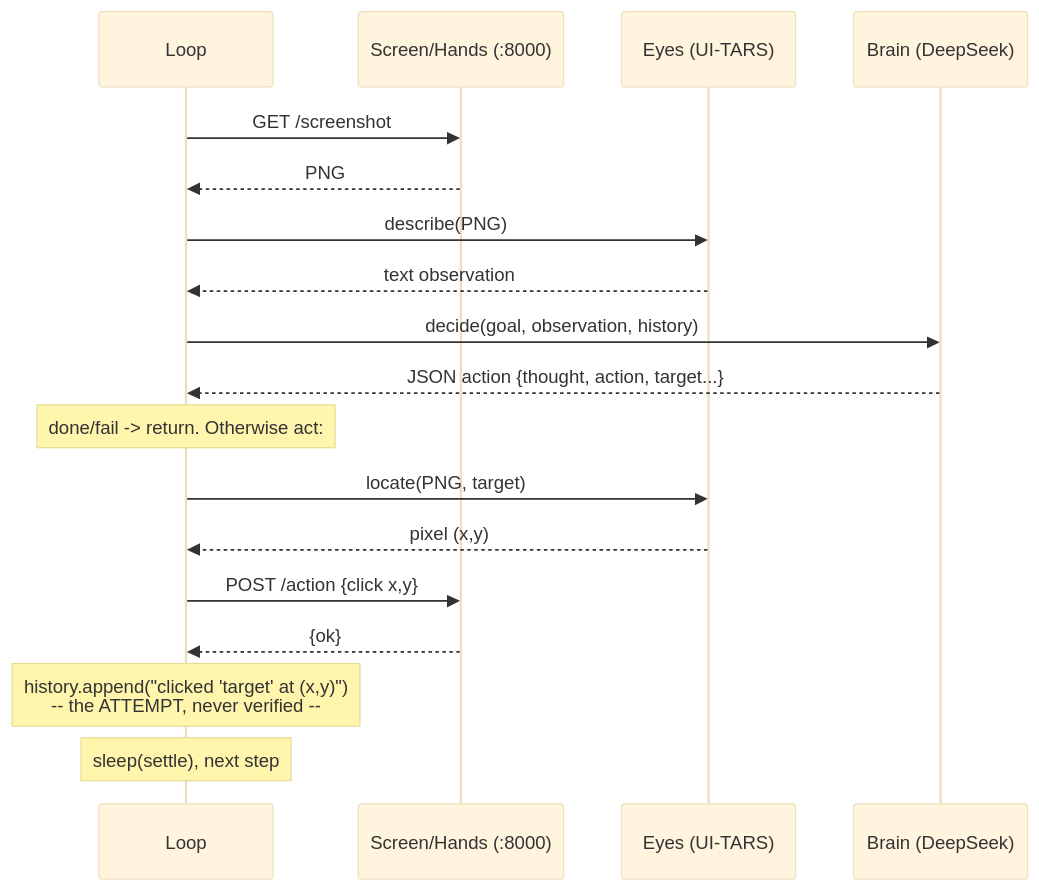
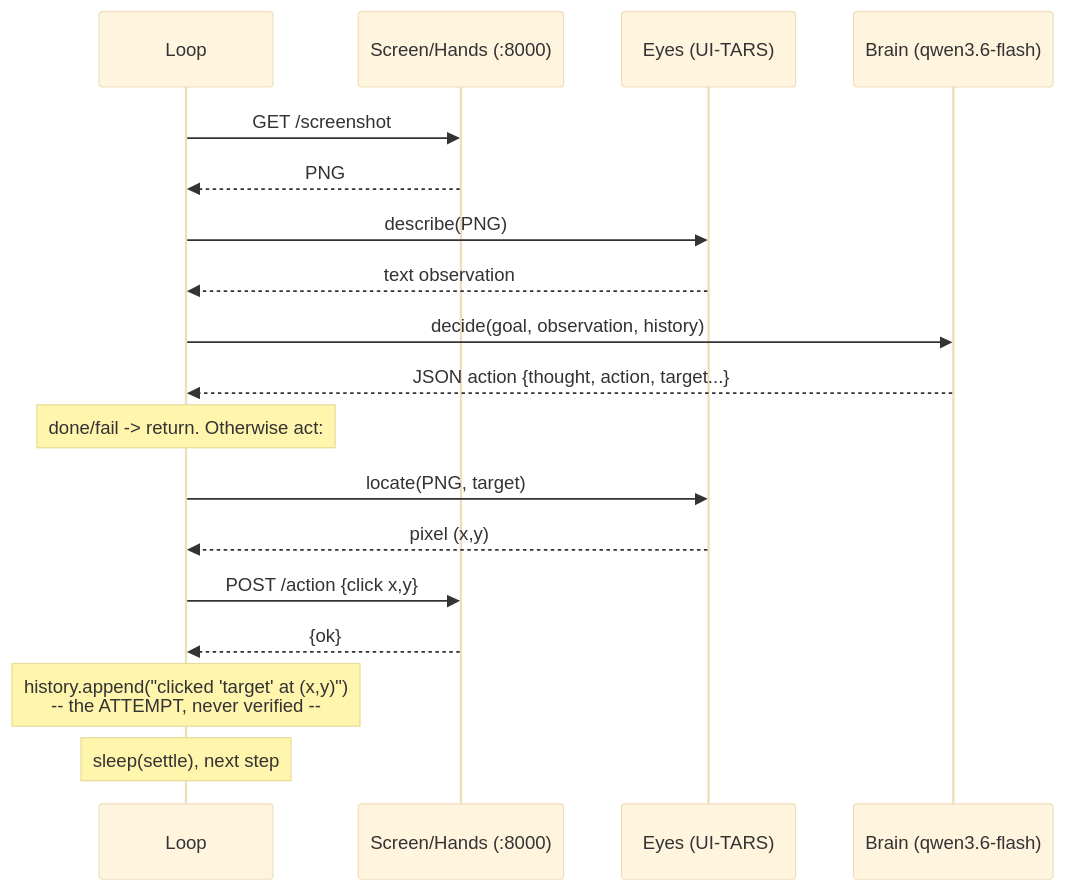
The second of 3 diagrams in docs/agent-loop-flow.md (alvseek/BRYES), drawn with Mermaid (base theme) before and after one commit. The commit also changed other lines of this file and 3 other files, not shown here.

````diff
--- a/docs/agent-loop-flow.md
+++ b/docs/agent-loop-flow.md
@@ -101,21 +101,21 @@
 ```mermaid
 sequenceDiagram
     participant L as Loop
     participant S as Screen/Hands (:8000)
     participant E as Eyes (UI-TARS)
-    participant B as Brain (DeepSeek)
+    participant B as Brain (qwen3.6-flash)
 
     L->>S: GET /screenshot
     S-->>L: PNG
     L->>E: describe(PNG)
     E-->>L: text observation
     L->>B: decide(goal, observation, history)
     B-->>L: JSON action {thought, action, target...}
     Note over L: done/fail -> return. Otherwise act:
     L->>E: locate(PNG, target)
     E-->>L: pixel (x,y)
     L->>S: POST /action {click x,y}
     S-->>L: {ok}
     Note over L: history.append("clicked 'target' at (x,y)")<br/>-- the ATTEMPT, never verified --
     Note over L: sleep(settle), next step
 ```
````
